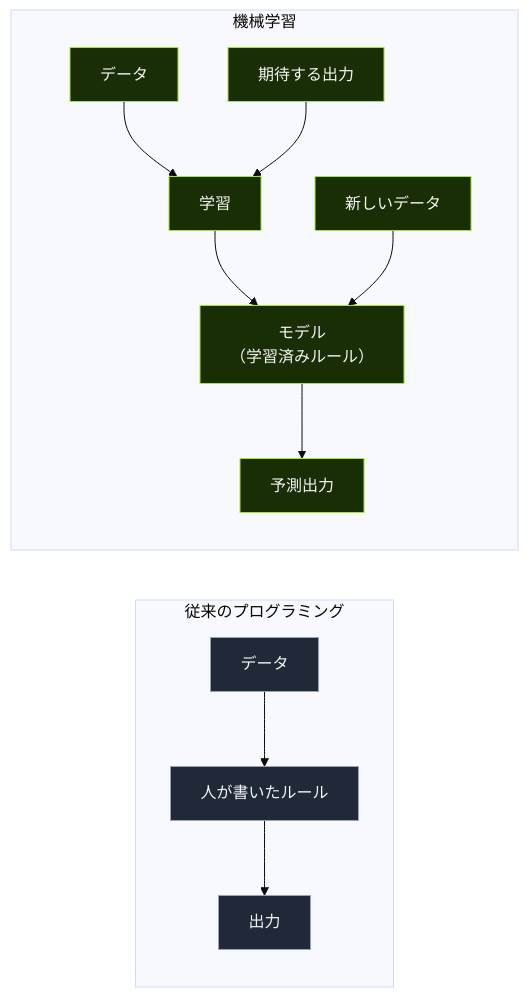
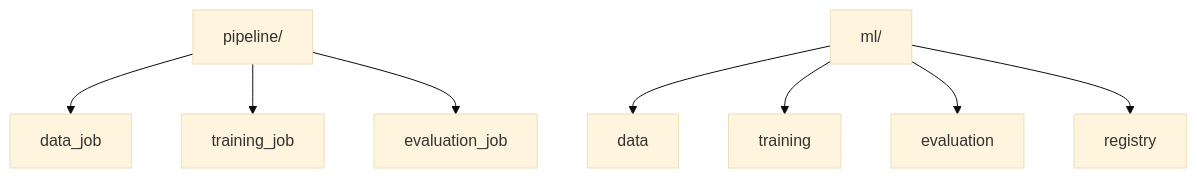
Before and after one commit to kurosawa-kuro/study-gcp-mlops: the fourth of 4 diagrams in 1/study-ml-foundations/docs/教育資料/05_図解.md, drawn with Mermaid (base theme). The commit also changed other lines of this file and 18 other files, not shown here.

````diff
--- a/1/study-ml-foundations/docs/教育資料/05_図解.md
+++ b/1/study-ml-foundations/docs/教育資料/05_図解.md
@@ -12,20 +50,10 @@
 ```mermaid
-flowchart LR
-    subgraph Traditional["従来のプログラミング"]
-        D1[データ] --> P1[人が書いたルール]
-        P1 --> O1[出力]
-    end
-
-    subgraph ML["機械学習"]
-        D2[データ] --> T[学習]
-        O2[期待する出力] --> T
-        T --> M[モデル<br/>（学習済みルール）]
-        D3[新しいデータ] --> M
-        M --> P2[予測出力]
-    end
-
-    classDef traditional fill:#1f2937,stroke:#9ca3af,color:#f5f5f5
-    classDef ml fill:#1a2e05,stroke:#a3e635,color:#f5f5f5
-    class D1,P1,O1 traditional
-    class D2,D3,O2,T,M,P2 ml
+flowchart TB
+    P[pipeline/] --> D[data_job]
+    P --> T[training_job]
+    P --> E[evaluation_job]
+    M[ml/] --> M1[data]
+    M --> M2[training]
+    M --> M3[evaluation]
+    M --> M4[registry]
 ```
````
